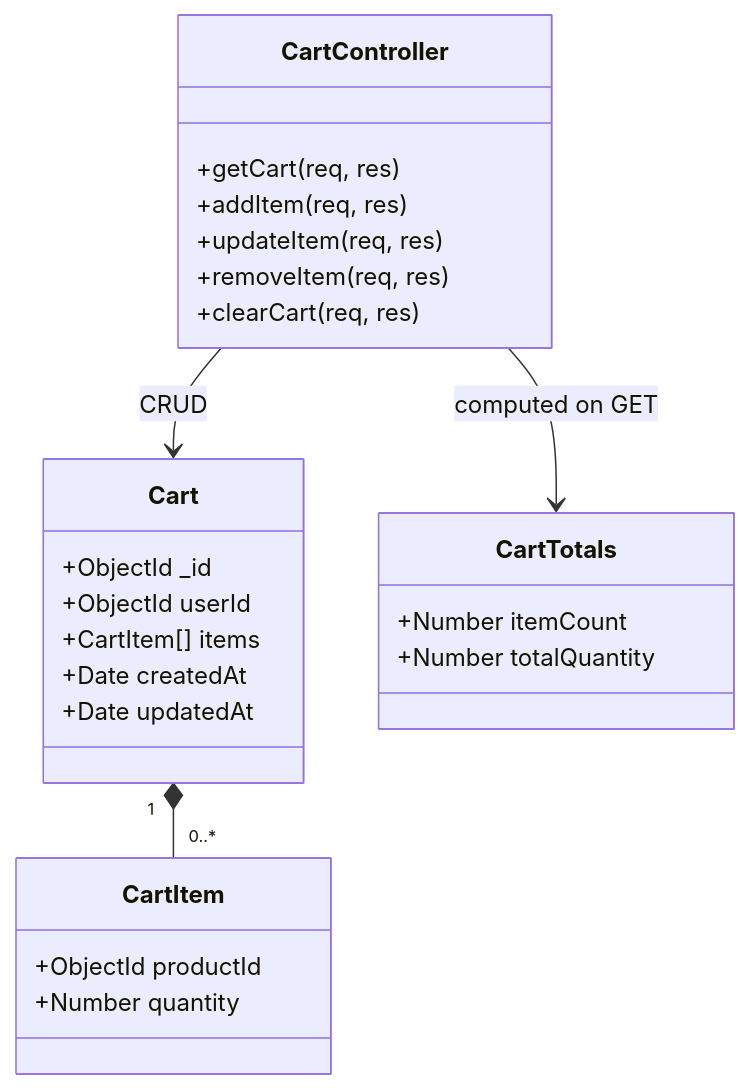
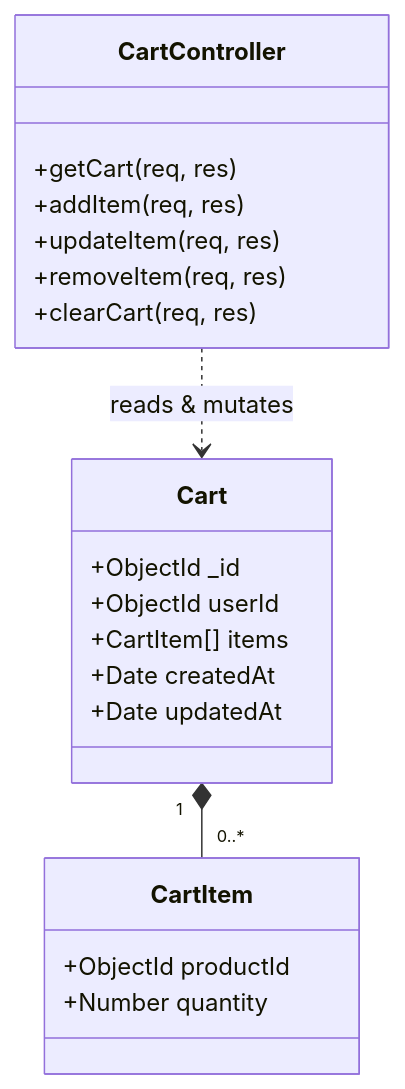
The sixth of 17 diagrams in README.md (itsam-13/Vendora), drawn with Mermaid before and after one commit. The commit also changed other lines of this file, not shown here.

Commit message:
docs: update README.md with comprehensive microservices architecture and event topology

````diff
--- a/README.md
+++ b/README.md
@@ -464,28 +582,24 @@
 ```mermaid
 classDiagram
     class Cart {
         +ObjectId _id
         +ObjectId userId
         +CartItem[] items
         +Date createdAt
         +Date updatedAt
     }
     class CartItem {
         +ObjectId productId
         +Number quantity
     }
-    class CartTotals {
-        +Number itemCount
-        +Number totalQuantity
-    }
     class CartController {
         +getCart(req, res)
         +addItem(req, res)
         +updateItem(req, res)
         +removeItem(req, res)
         +clearCart(req, res)
     }
+
     Cart "1" *-- "0..*" CartItem
-    CartController --> Cart : CRUD
-    CartController --> CartTotals : computed on GET
+    CartController ..> Cart : reads & mutates
 ```
````
